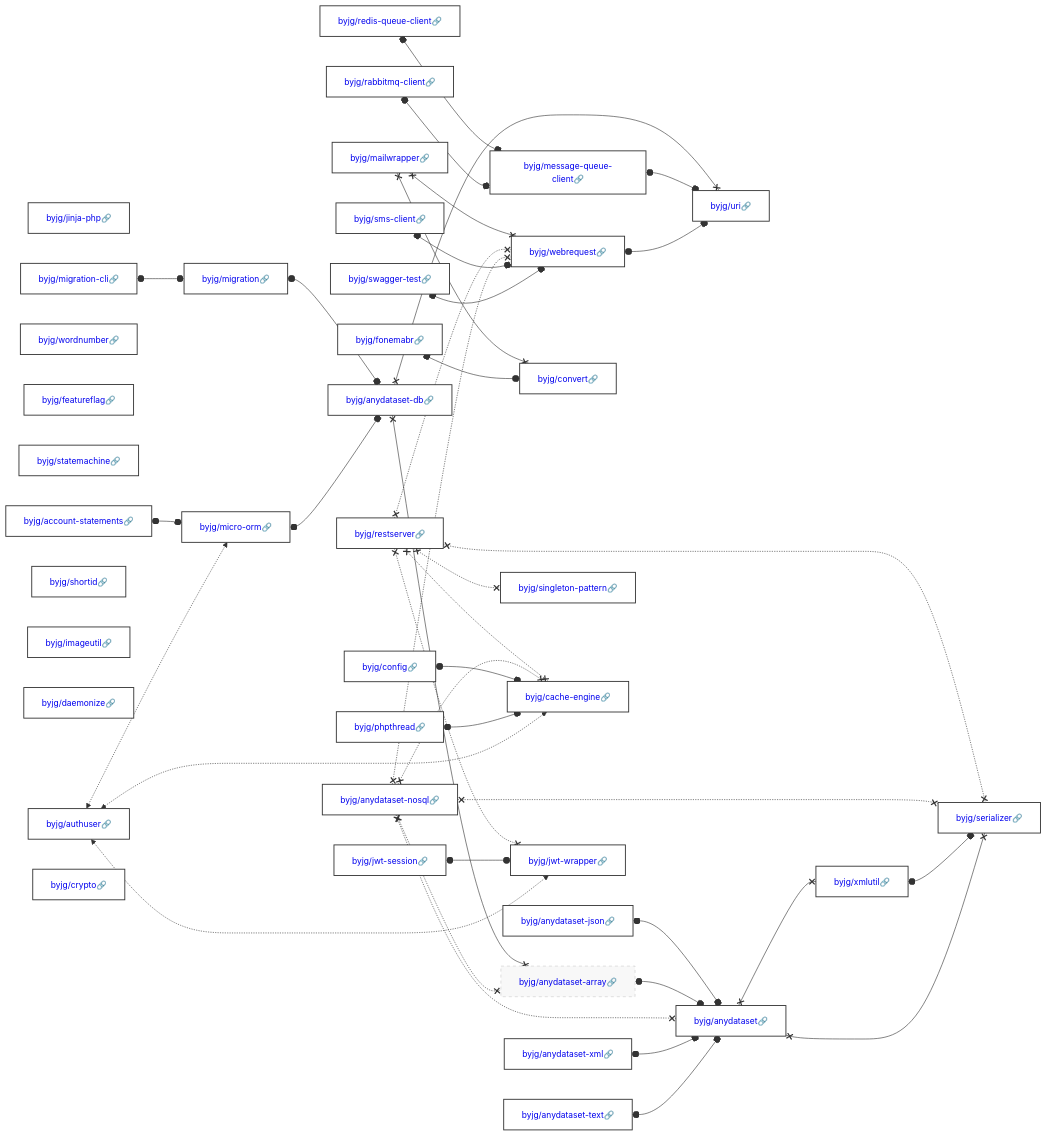
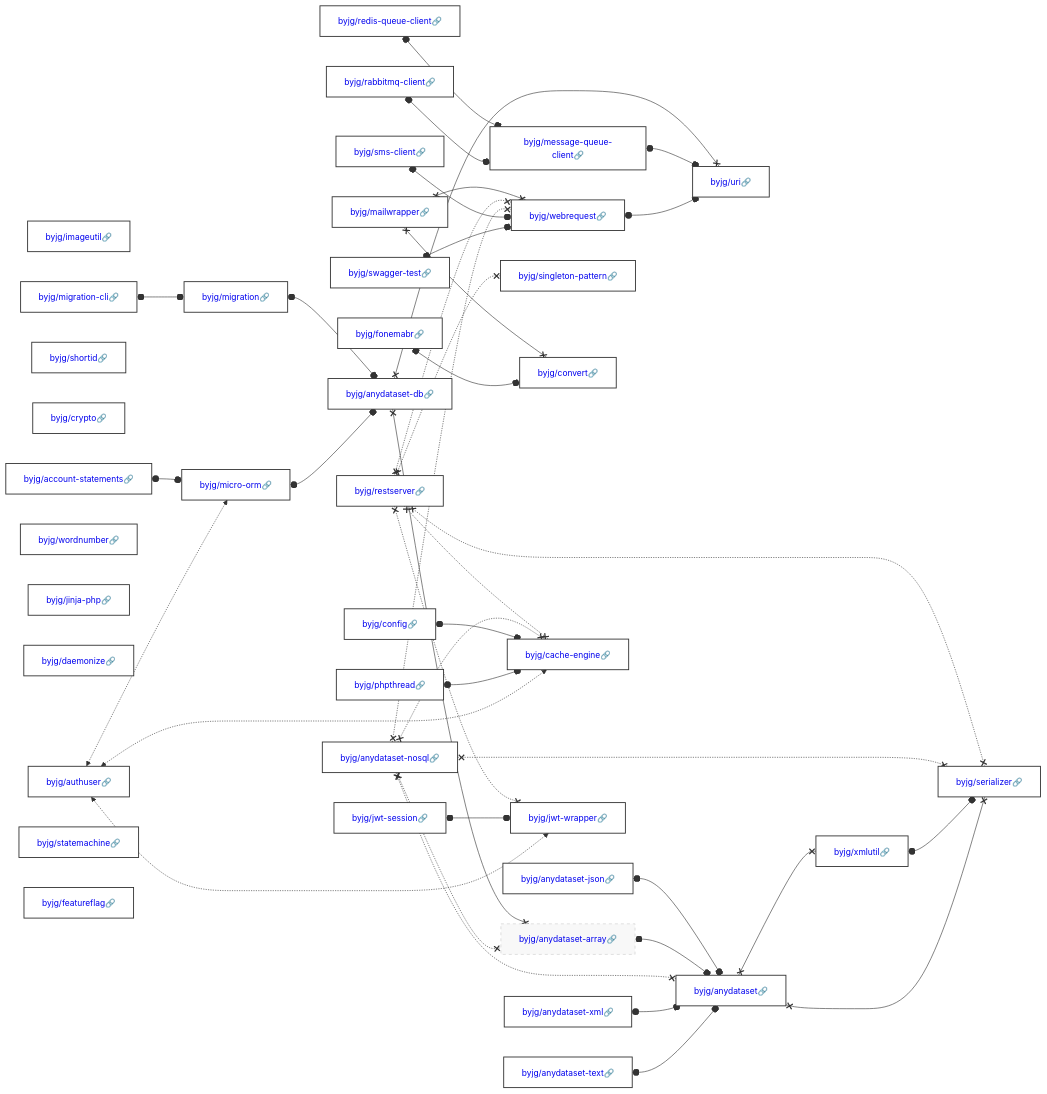
Before and after one commit to byjg/byjg.github.io: the diagram in docs/php/README.md, drawn with Mermaid. The commit also changed other lines of this file, not shown here.

Commit message:
Update documentation 'php' 'php-micro-orm'

````diff
--- a/docs/php/README.md
+++ b/docs/php/README.md
@@ -3,37 +3,37 @@
 ```mermaid
 graph LR;
+  byjg/mailwrapper[<a href='https://opensource.byjg.com/docs/php/mailwrapper' style='text-decoration:none'>byjg/mailwrapper🔗</a>];
+  byjg/phpthread[<a href='https://opensource.byjg.com/docs/php/phpthread' style='text-decoration:none'>byjg/phpthread🔗</a>];
+  byjg/restserver[<a href='https://opensource.byjg.com/docs/php/restserver' style='text-decoration:none'>byjg/restserver🔗</a>];
+  byjg/imageutil[<a href='https://opensource.byjg.com/docs/php/imageutil' style='text-decoration:none'>byjg/imageutil🔗</a>];
+  byjg/fonemabr[<a href='https://opensource.byjg.com/docs/php/fonemabr' style='text-decoration:none'>byjg/fonemabr🔗</a>];
+  byjg/account-statements[<a href='https://opensource.byjg.com/docs/php/account-statements' style='text-decoration:none'>byjg/account-statements🔗</a>];
+  byjg/swagger-test[<a href='https://opensource.byjg.com/docs/php/swagger-test' style='text-decoration:none'>byjg/swagger-test🔗</a>];
+  byjg/redis-queue-client[<a href='https://opensource.byjg.com/docs/php/redis-queue-client' style='text-decoration:none'>byjg/redis-queue-client🔗</a>];
+  byjg/shortid[<a href='https://opensource.byjg.com/docs/php/shortid' style='text-decoration:none'>byjg/shortid🔗</a>];
+  byjg/crypto[<a href='https://opensource.byjg.com/docs/php/crypto' style='text-decoration:none'>byjg/crypto🔗</a>];
+  byjg/anydataset-nosql[<a href='https://opensource.byjg.com/docs/php/anydataset-nosql' style='text-decoration:none'>byjg/anydataset-nosql🔗</a>];
+  byjg/authuser[<a href='https://opensource.byjg.com/docs/php/authuser' style='text-decoration:none'>byjg/authuser🔗</a>];
+  byjg/wordnumber[<a href='https://opensource.byjg.com/docs/php/wordnumber' style='text-decoration:none'>byjg/wordnumber🔗</a>];
   byjg/jinja-php[<a href='https://opensource.byjg.com/docs/php/jinja-php' style='text-decoration:none'>byjg/jinja-php🔗</a>];
-  byjg/rabbitmq-client[<a href='https://opensource.byjg.com/docs/php/rabbitmq-client' style='text-decoration:none'>byjg/rabbitmq-client🔗</a>];
-  byjg/migration-cli[<a href='https://opensource.byjg.com/docs/php/migration-cli' style='text-decoration:none'>byjg/migration-cli🔗</a>];
-  byjg/wordnumber[<a href='https://opensource.byjg.com/docs/php/wordnumber' style='text-decoration:none'>byjg/wordnumber🔗</a>];
-  byjg/config[<a href='https://opensource.byjg.com/docs/php/config' style='text-decoration:none'>byjg/config🔗</a>];
-  byjg/featureflag[<a href='https://opensource.byjg.com/docs/php/featureflag' style='text-decoration:none'>byjg/featureflag🔗</a>];
-  byjg/anydataset-text[<a href='https://opensource.byjg.com/docs/php/anydataset-text' style='text-decoration:none'>byjg/anydataset-text🔗</a>];
-  byjg/phpthread[<a href='https://opensource.byjg.com/docs/php/phpthread' style='text-decoration:none'>byjg/phpthread🔗</a>];
-  byjg/statemachine[<a href='https://opensource.byjg.com/docs/php/statemachine' style='text-decoration:none'>byjg/statemachine🔗</a>];
-  byjg/authuser[<a href='https://opensource.byjg.com/docs/php/authuser' style='text-decoration:none'>byjg/authuser🔗</a>];
   byjg/sms-client[<a href='https://opensource.byjg.com/docs/php/sms-client' style='text-decoration:none'>byjg/sms-client🔗</a>];
   byjg/anydataset-xml[<a href='https://opensource.byjg.com/docs/php/anydataset-xml' style='text-decoration:none'>byjg/anydataset-xml🔗</a>];
+  byjg/config[<a href='https://opensource.byjg.com/docs/php/config' style='text-decoration:none'>byjg/config🔗</a>];
+  byjg/daemonize[<a href='https://opensource.byjg.com/docs/php/daemonize' style='text-decoration:none'>byjg/daemonize🔗</a>];
+  byjg/rabbitmq-client[<a href='https://opensource.byjg.com/docs/php/rabbitmq-client' style='text-decoration:none'>byjg/rabbitmq-client🔗</a>];
+  byjg/anydataset-text[<a href='https://opensource.byjg.com/docs/php/anydataset-text' style='text-decoration:none'>byjg/anydataset-text🔗</a>];
+  byjg/migration-cli[<a href='https://opensource.byjg.com/docs/php/migration-cli' style='text-decoration:none'>byjg/migration-cli🔗</a>];
+  byjg/jwt-session[<a href='https://opensource.byjg.com/docs/php/jwt-session' style='text-decoration:none'>byjg/jwt-session🔗</a>];
+  byjg/statemachine[<a href='https://opensource.byjg.com/docs/php/statemachine' style='text-decoration:none'>byjg/statemachine🔗</a>];
   byjg/anydataset-json[<a href='https://opensource.byjg.com/docs/php/anydataset-json' style='text-decoration:none'>byjg/anydataset-json🔗</a>];
-  byjg/fonemabr[<a href='https://opensource.byjg.com/docs/php/fonemabr' style='text-decoration:none'>byjg/fonemabr🔗</a>];
-  byjg/jwt-session[<a href='https://opensource.byjg.com/docs/php/jwt-session' style='text-decoration:none'>byjg/jwt-session🔗</a>];
-  byjg/swagger-test[<a href='https://opensource.byjg.com/docs/php/swagger-test' style='text-decoration:none'>byjg/swagger-test🔗</a>];
-  byjg/shortid[<a href='https://opensource.byjg.com/docs/php/shortid' style='text-decoration:none'>byjg/shortid🔗</a>];
-  byjg/imageutil[<a href='https://opensource.byjg.com/docs/php/imageutil' style='text-decoration:none'>byjg/imageutil🔗</a>];
-  byjg/mailwrapper[<a href='https://opensource.byjg.com/docs/php/mailwrapper' style='text-decoration:none'>byjg/mailwrapper🔗</a>];
-  byjg/daemonize[<a href='https://opensource.byjg.com/docs/php/daemonize' style='text-decoration:none'>byjg/daemonize🔗</a>];
-  byjg/redis-queue-client[<a href='https://opensource.byjg.com/docs/php/redis-queue-client' style='text-decoration:none'>byjg/redis-queue-client🔗</a>];
-  byjg/anydataset-nosql[<a href='https://opensource.byjg.com/docs/php/anydataset-nosql' style='text-decoration:none'>byjg/anydataset-nosql🔗</a>];
-  byjg/account-statements[<a href='https://opensource.byjg.com/docs/php/account-statements' style='text-decoration:none'>byjg/account-statements🔗</a>];
-  byjg/crypto[<a href='https://opensource.byjg.com/docs/php/crypto' style='text-decoration:none'>byjg/crypto🔗</a>];
-  byjg/restserver[<a href='https://opensource.byjg.com/docs/php/restserver' style='text-decoration:none'>byjg/restserver🔗</a>];
+  byjg/featureflag[<a href='https://opensource.byjg.com/docs/php/featureflag' style='text-decoration:none'>byjg/featureflag🔗</a>];
+  byjg/singleton-pattern[<a href='https://opensource.byjg.com/docs/php/singleton-pattern' style='text-decoration:none'>byjg/singleton-pattern🔗</a>];
+  byjg/convert[<a href='https://opensource.byjg.com/docs/php/convert' style='text-decoration:none'>byjg/convert🔗</a>];
+  byjg/micro-orm[<a href='https://opensource.byjg.com/docs/php/micro-orm' style='text-decoration:none'>byjg/micro-orm🔗</a>];
+  byjg/webrequest[<a href='https://opensource.byjg.com/docs/php/webrequest' style='text-decoration:none'>byjg/webrequest🔗</a>];
+  byjg/cache-engine[<a href='https://opensource.byjg.com/docs/php/cache-engine' style='text-decoration:none'>byjg/cache-engine🔗</a>];
+  byjg/message-queue-client[<a href='https://opensource.byjg.com/docs/php/message-queue-client' style='text-decoration:none'>byjg/message-queue-client🔗</a>];
   byjg/migration[<a href='https://opensource.byjg.com/docs/php/migration' style='text-decoration:none'>byjg/migration🔗</a>];
-  byjg/convert[<a href='https://opensource.byjg.com/docs/php/convert' style='text-decoration:none'>byjg/convert🔗</a>];
-  byjg/message-queue-client[<a href='https://opensource.byjg.com/docs/php/message-queue-client' style='text-decoration:none'>byjg/message-queue-client🔗</a>];
-  byjg/micro-orm[<a href='https://opensource.byjg.com/docs/php/micro-orm' style='text-decoration:none'>byjg/micro-orm🔗</a>];
-  byjg/singleton-pattern[<a href='https://opensource.byjg.com/docs/php/singleton-pattern' style='text-decoration:none'>byjg/singleton-pattern🔗</a>];
-  byjg/cache-engine[<a href='https://opensource.byjg.com/docs/php/cache-engine' style='text-decoration:none'>byjg/cache-engine🔗</a>];
-  byjg/webrequest[<a href='https://opensource.byjg.com/docs/php/webrequest' style='text-decoration:none'>byjg/webrequest🔗</a>];
   byjg/jwt-wrapper[<a href='https://opensource.byjg.com/docs/php/jwt-wrapper' style='text-decoration:none'>byjg/jwt-wrapper🔗</a>];
   byjg/anydataset-db[<a href='https://opensource.byjg.com/docs/php/anydataset-db' style='text-decoration:none'>byjg/anydataset-db🔗</a>];
   byjg/anydataset-array[<a href='https://opensource.byjg.com/docs/php/anydataset-array' style='text-decoration:none'>byjg/anydataset-array🔗</a>];
````
